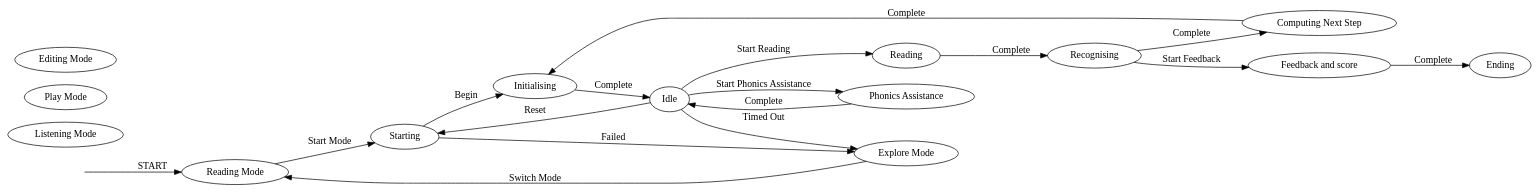
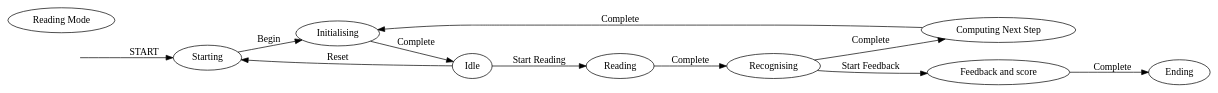
One commit to geoo993/SwiftStateMachineDev changed the diagram in SwiftReferenceApp/SwiftReferenceApp/ReadingMode.schema.dot. Above: the diagram before and after it, drawn with Graphviz. The commit also changed 5 other files, not shown here.

Commit message:
re-factored reading mode state machine

```diff
--- a/SwiftReferenceApp/SwiftReferenceApp/ReadingMode.schema.dot
+++ b/SwiftReferenceApp/SwiftReferenceApp/ReadingMode.schema.dot
@@ -1,37 +1,26 @@
 digraph {
     graph [rankdir=LR]
 
     0 [label="", shape=plaintext]
-    0 -> 10 [label="START"]
+    0 -> 1 [label="START"]
 
     1 [label="Starting"]
     2 [label="Initialising"]
     3 [label="Idle"]
     4 [label="Reading"]
-    5 [label="Phonics Assistance"]
-    6 [label="Recognising"]
-    7 [label="Computing Next Step"]
-    8 [label="Feedback and score"]
-    9 [label="Ending"]
-    10 [label="Reading Mode"]
-    11 [label="Explore Mode"]
-    12 [label="Listening Mode"]
-    13 [label="Play Mode"]
-    14 [label="Editing Mode"]
+    5 [label="Recognising"]
+    6 [label="Computing Next Step"]
+    7 [label="Feedback and score"]
+    8 [label="Ending"]
+    9 [label="Reading Mode"]
 
     1 -> 2 [label="Begin"]
-    1 -> 11 [label="Failed"]
     2 -> 3 [label="Complete"]
     3 -> 4 [label="Start Reading"]
-    3 -> 5 [label="Start Phonics Assistance"]
     3 -> 1 [label="Reset"]
-    3 -> 11 [label="Timed Out"]
-    4 -> 6 [label="Complete"]
-    5 -> 3 [label="Complete"]
-    6 -> 7 [label="Complete"]
-    6 -> 8 [label="Start Feedback"]
-    7 -> 2 [label="Complete"]
-    8 -> 9 [label="Complete"]
-    10 -> 1 [label="Start Mode"]
-    11 -> 10 [label="Switch Mode"]
+    4 -> 5 [label="Complete"]
+    5 -> 6 [label="Complete"]
+    5 -> 7 [label="Start Feedback"]
+    6 -> 2 [label="Complete"]
+    7 -> 8 [label="Complete"]
 }
```
